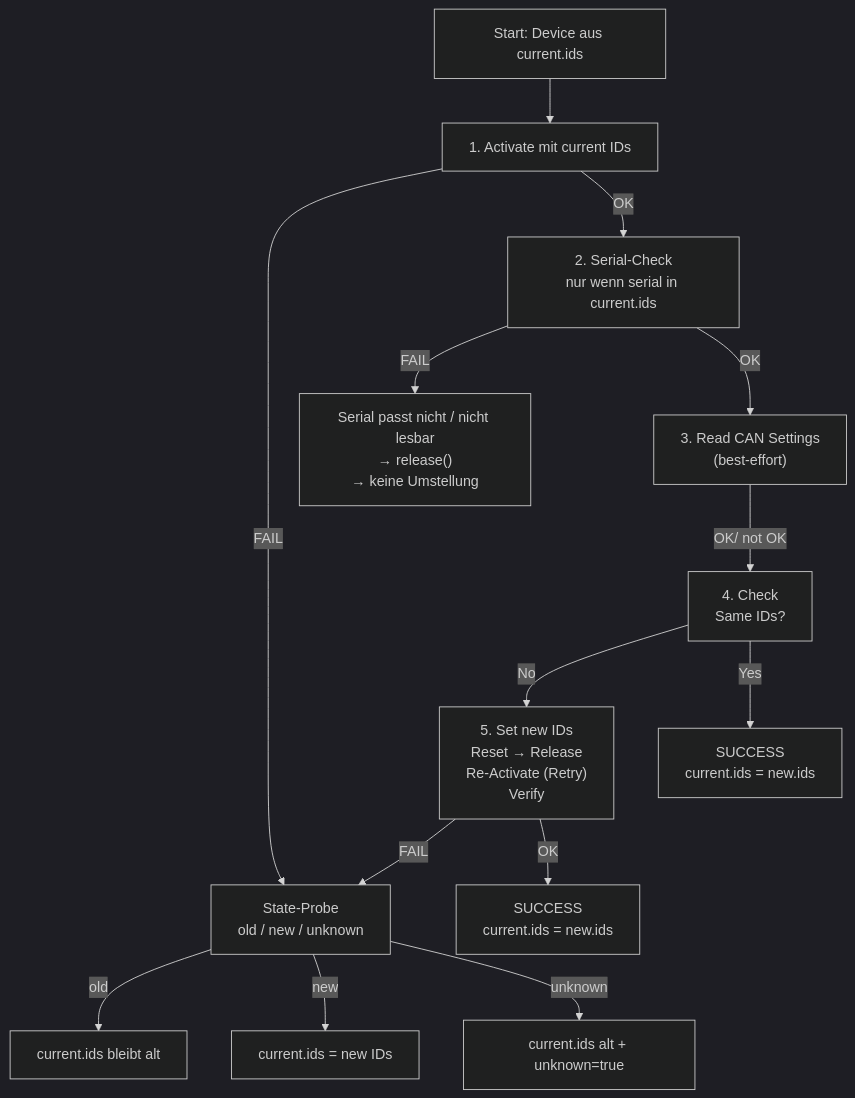
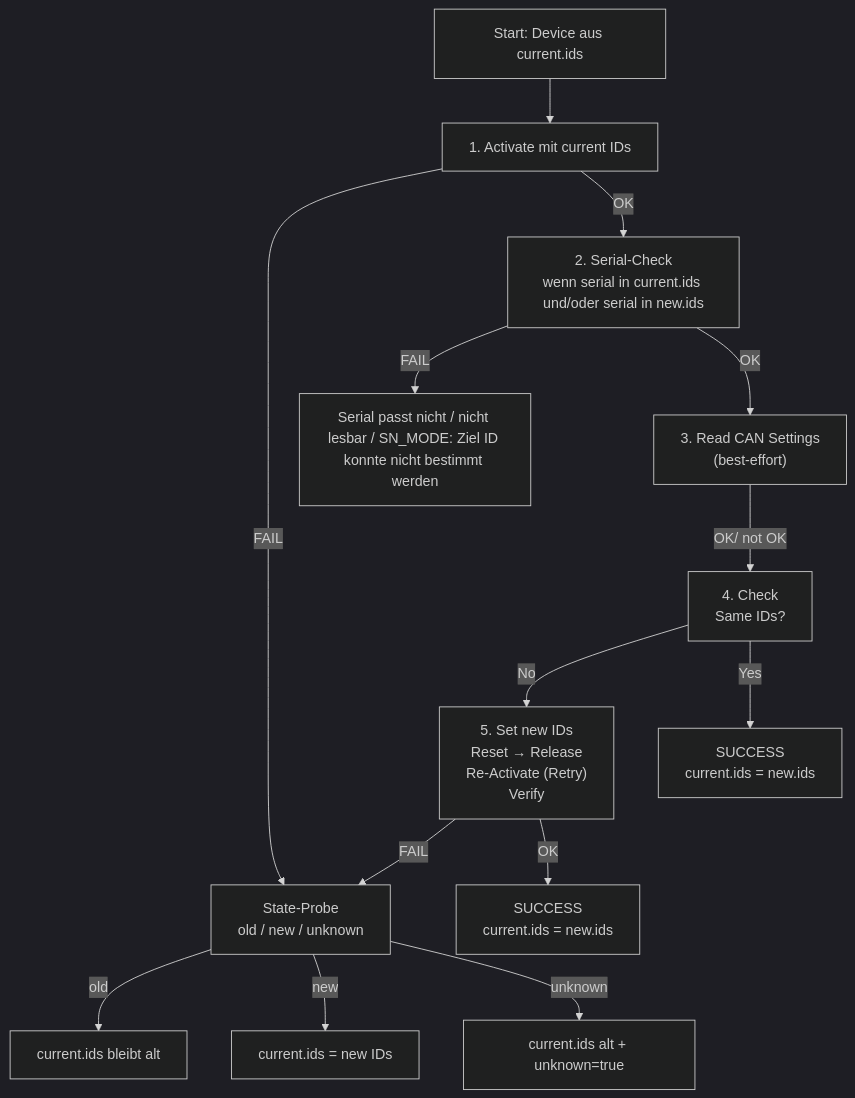
One commit to me-systeme/StartupCAN changed the first of 35 diagrams in README.md. Above: the diagram before and after it, drawn with Mermaid (dark theme). The commit also changed other lines of this file and 3 other files, not shown here.

````diff
--- a/README.md
+++ b/README.md
@@ -5,23 +5,23 @@
 ```mermaid
 flowchart TD
   A["Start: Device aus current.ids"] --> B["1. Activate mit current IDs"]
 
   B -->|FAIL| P
-  B -->|OK| C["2. Serial-Check<br/>nur wenn serial in current.ids"]
+  B -->|OK| C["2. Serial-Check<br/>wenn serial in current.ids und/oder serial in new.ids"]
 
-  C -->|FAIL| F2["Serial passt nicht / nicht lesbar<br/>→ release()<br/>→ keine Umstellung"]
+  C -->|FAIL| F2["Serial passt nicht / nicht lesbar / SN_MODE: Ziel ID konnte nicht bestimmt werden"]
   C -->|OK| D["3. Read CAN Settings<br/>(best-effort)"]
 
   D -->|OK/ not OK| E["4. Check <br/>Same IDs?"]
   
   E -->|No| F["5. Set new IDs<br/>Reset → Release<br/>Re-Activate (Retry)<br/>Verify"]
   E -->|Yes| F3["SUCCESS<br/>current.ids = new.ids"]
   
   F -->|FAIL| P["State-Probe<br/>old / new / unknown"]
   F -->|OK| S["SUCCESS<br/>current.ids = new.ids"]
 
   P -->|old| O["current.ids bleibt alt"]
   P -->|new| N["current.ids = new IDs"]
   P -->|unknown| U["current.ids alt + unknown=true"]
 
 ``` 
````
